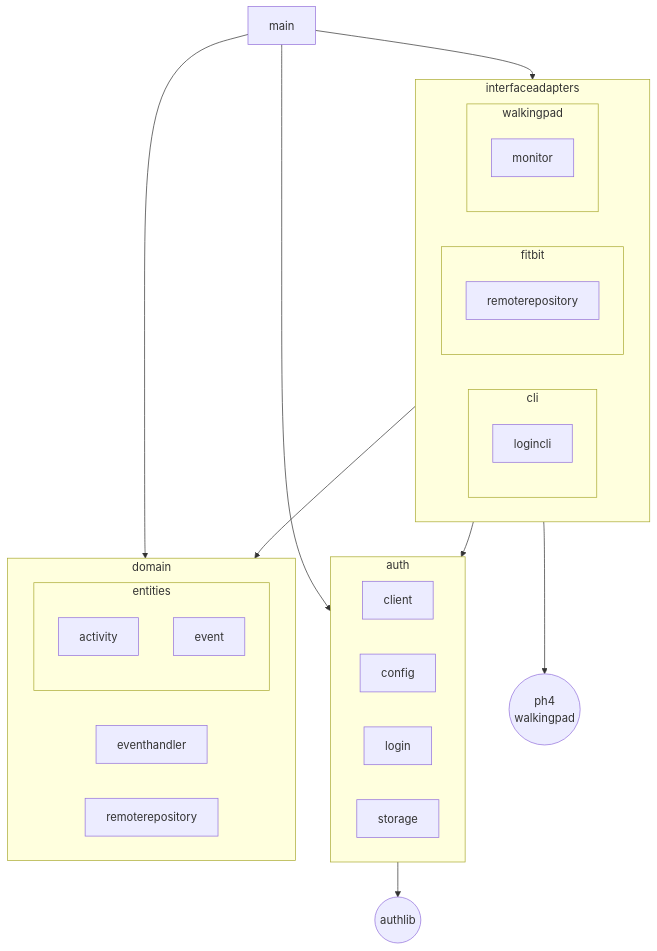
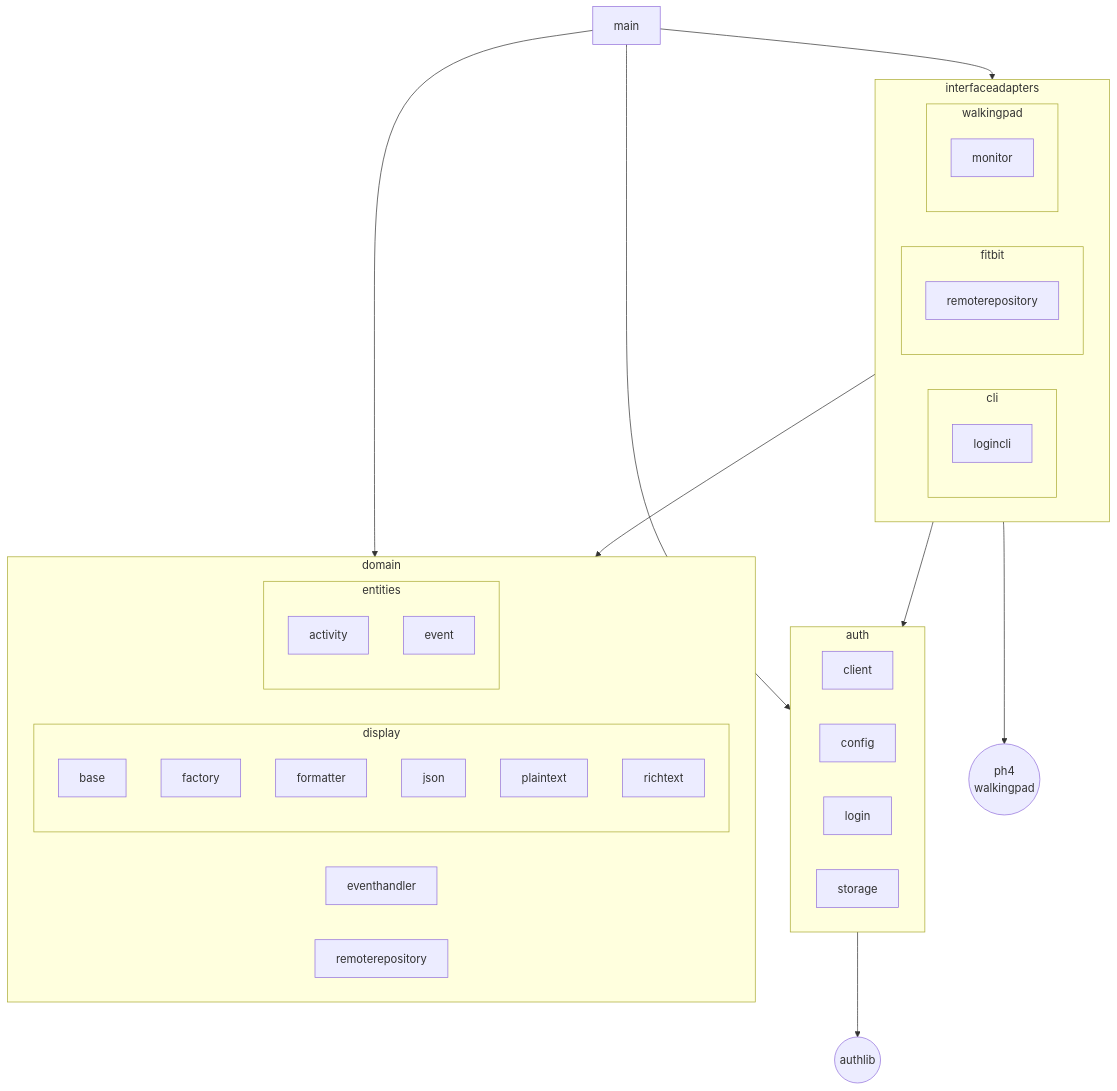
One commit to caarmen/walkingpad-fitbit changed the third of 3 diagrams in docs/architecture.md. Above: the diagram before and after it, drawn with Mermaid. The commit also changed other lines of this file, not shown here.

Commit message:
Update architecture documentation to reflect current state.

````diff
--- a/docs/architecture.md
+++ b/docs/architecture.md
@@ -55,41 +56,49 @@
 ```mermaid
 flowchart TD
     main
     subgraph auth
         client
         config
         login
         storage
     end
     subgraph domain
         eventhandler
         remoterepository
+        subgraph display
+            base
+            factory
+            formatter
+            json
+            plaintext
+            richtext
+        end
         subgraph entities
             activity
             event
         end
     end
     subgraph interfaceadapters
         subgraph cli
             logincli
         end
         subgraph fitbit
             fitbitemoterepository["remoterepository"]
         end
         subgraph walkingpad
             monitor
         end
     end
 
     authlib(("authlib"))
     ph4_walkingpad(("ph4<br>walkingpad"))
 
     main --> auth
     main --> domain
     main --> interfaceadapters
 
     interfaceadapters --> domain
     interfaceadapters --> auth
     interfaceadapters --> ph4_walkingpad
     auth --> authlib
 ```
````
